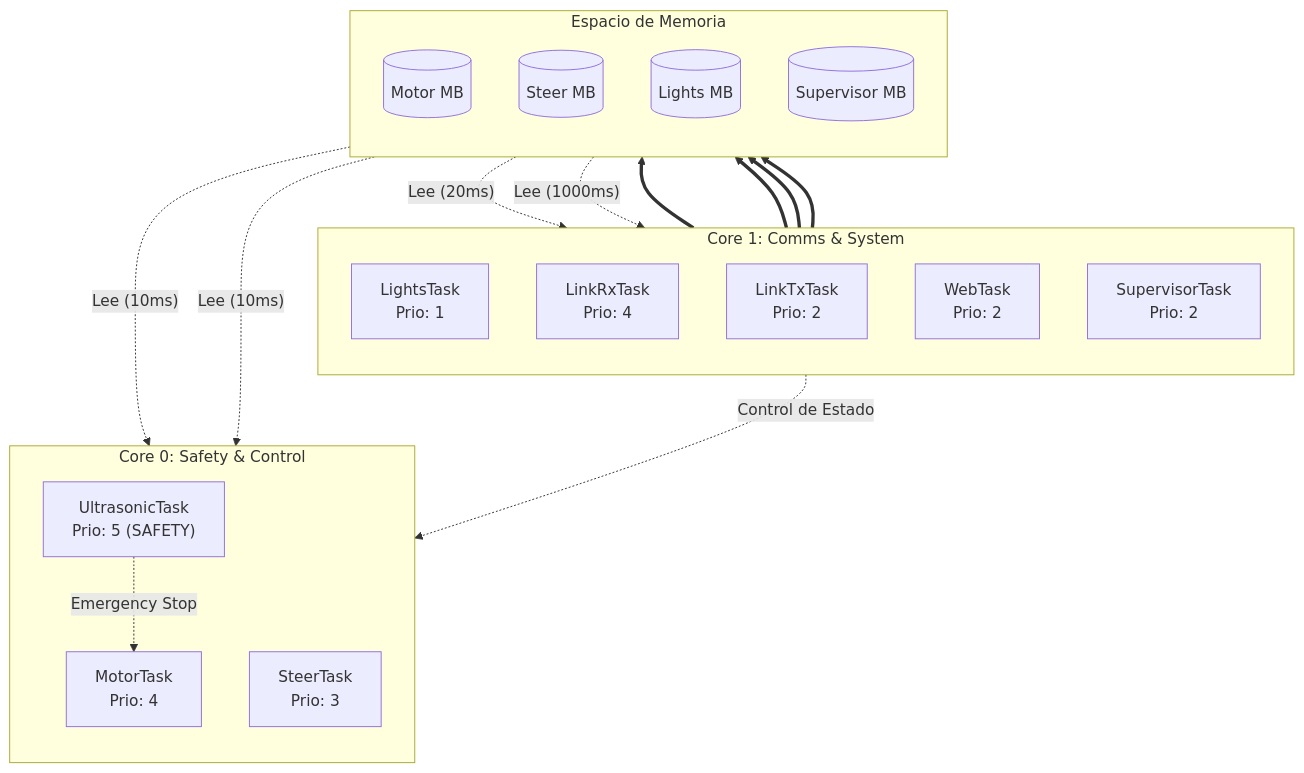
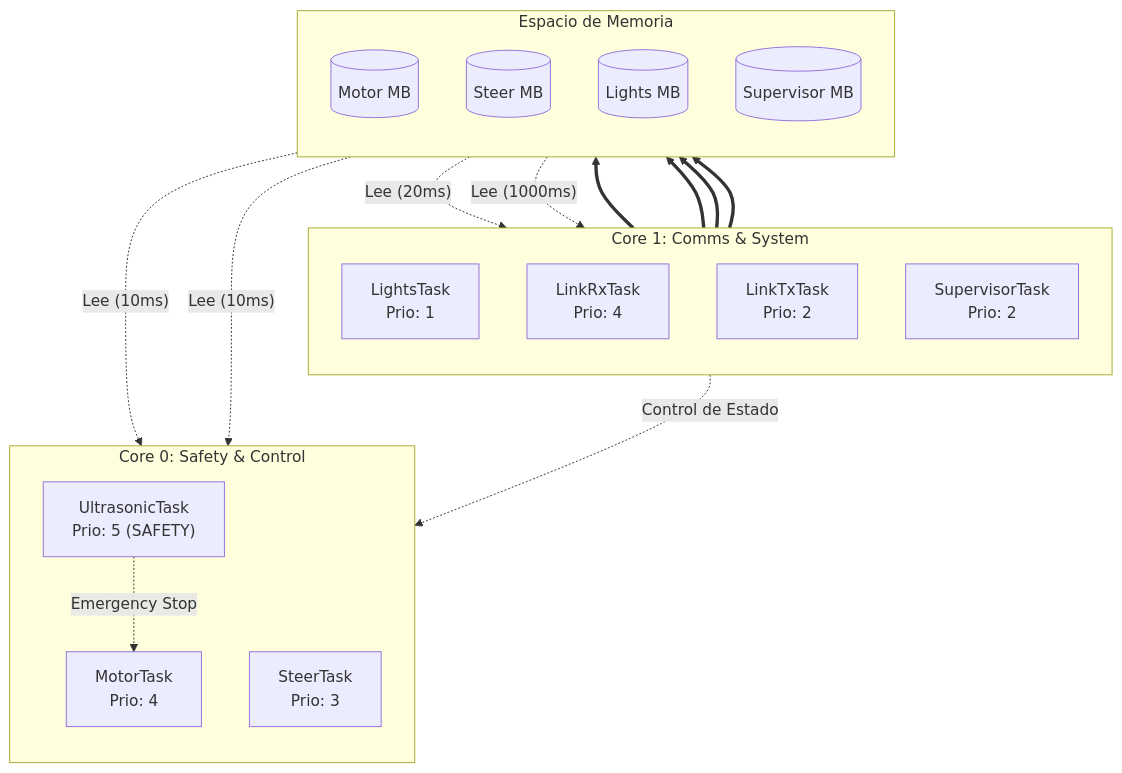
The second of 2 diagrams in README.md (Bosch-Aura/embedded), drawn with Mermaid before and after one commit. The commit also changed other lines of this file and 16 other files, not shown here.

````diff
--- a/README.md
+++ b/README.md
@@ -139,43 +139,41 @@
 ```mermaid
 graph TD
     subgraph Core1 ["Core 1: Comms & System"]
         direction TB
         LGT[LightsTask<br/>Prio: 1]
         RX[LinkRxTask<br/>Prio: 4]
         TX[LinkTxTask<br/>Prio: 2]
-        WEB[WebTask<br/>Prio: 2]
         SUP[SupervisorTask<br/>Prio: 2]
     end
 
     subgraph Shared ["Espacio de Memoria"]
         direction TB
         MB_MOT[("Motor MB")]
         MB_STR[("Steer MB")]
         MB_LGT[("Lights MB")]
         MB_SUP[("Supervisor MB")]
     end
 
     subgraph Core0 ["Core 0: Safety & Control"]
         direction TB
         US["UltrasonicTask<br/>Prio: 5 (SAFETY)"]
         MOT[MotorTask<br/>Prio: 4]
         STR[SteerTask<br/>Prio: 3]
     end
 
     %% Relaciones de Escritura
     RX ==> MB_MOT
     RX ==> MB_STR
     RX ==> MB_LGT
     RX ==> MB_SUP
-    WEB ~~~ MB_SUP
 
     %% Lectura
     MB_MOT -.->|"Lee (10ms)"| MOT
     MB_STR -.->|"Lee (10ms)"| STR
     MB_SUP -.->|"Lee (20ms)"| SUP
     MB_LGT -.->|"Lee (1000ms)"| LGT
 
     %% Relaciones de Control
     SUP -.->|"Control de Estado"| MOT
     US -.->|"Emergency Stop"| MOT
 ```
````
